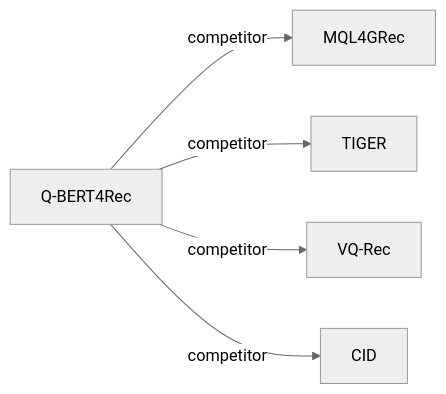
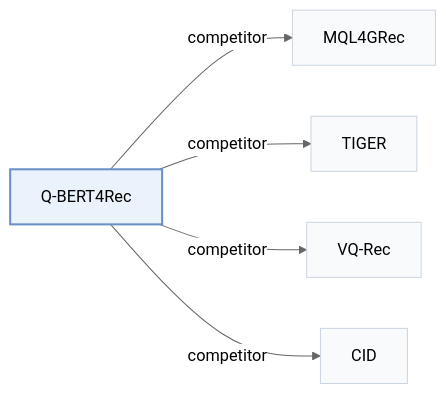
One commit to Galaxy-ghost/Awesome-SID-Generative-Rec changed the second of 2 diagrams in pages/papers/q-bert4rec.md. Above: the diagram before and after it, drawn with Mermaid (neutral theme). The commit also changed other lines of this file and 649 other files, not shown here.

Commit message:
writer-05: also tags and modality index (schema, check, build, visuals); summary field removed; calibration data for 12 papers

````diff
--- a/pages/papers/q-bert4rec.md
+++ b/pages/papers/q-bert4rec.md
@@ -66,8 +74,12 @@
 ```mermaid
 flowchart LR
     P["Q-BERT4Rec"]
-    P -->|competitor| A["MQL4GRec"]
-    P -->|competitor| B["TIGER"]
-    P -->|competitor| C["VQ-Rec"]
-    P -->|competitor| D["CID"]
+    P -->|"competitor"| A["MQL4GRec"]
+    P -->|"competitor"| B["TIGER"]
+    P -->|"competitor"| C["VQ-Rec"]
+    P -->|"competitor"| D["CID"]
+    classDef main fill:#eaf2fb,stroke:#6b8fc7,stroke-width:2px
+    classDef peer fill:#f8fafc,stroke:#cbd5e1
+    class P main
+    class A,B,C,D peer
 ```
````
